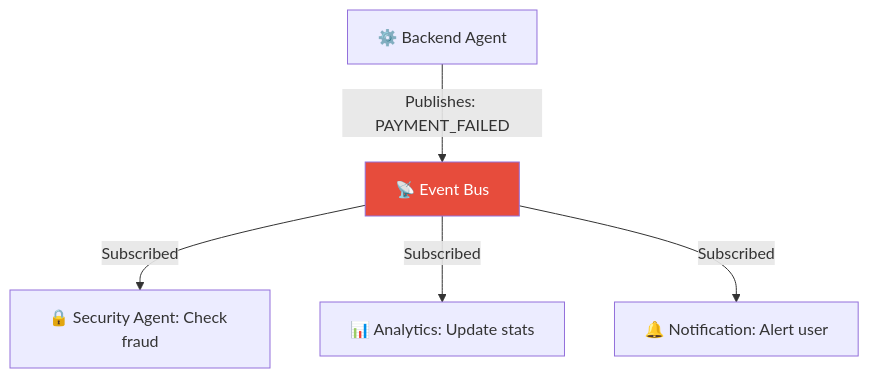
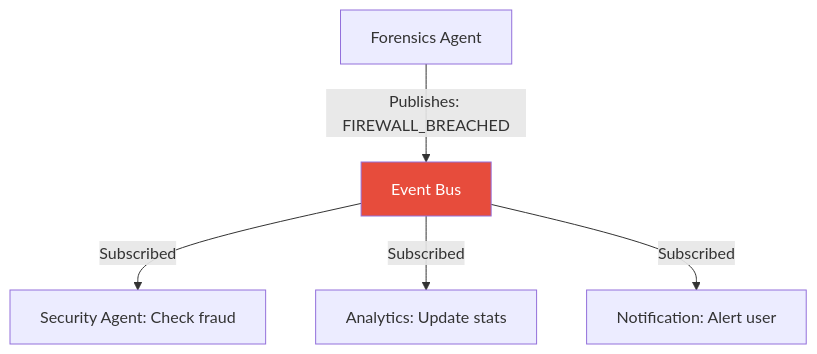
One commit to Sujalkathait/-AI-Agent-Security-Playbook. changed diagram 15 of 53 in AI Agent Communication.md. Above: the diagram before and after it, drawn with Mermaid. The commit also changed other lines of this file and 2 other files, not shown here.

````diff
--- a/AI Agent Communication.md
+++ b/AI Agent Communication.md
@@ -465,9 +465,9 @@
 ```mermaid
 graph TD
-    Backend["⚙️ Backend Agent"] -->|"Publishes: PAYMENT_FAILED"| Bus["📡 Event Bus"]
-    Bus -->|Subscribed| Security["🔒 Security Agent: Check fraud"]
-    Bus -->|Subscribed| Analytics["📊 Analytics: Update stats"]
-    Bus -->|Subscribed| Notify["🔔 Notification: Alert user"]
+  Backend[" Forensics Agent"] -->|"Publishes: FIREWALL_BREACHED"| Bus[" Event Bus"]
+  Bus -->|Subscribed| Security[" Security Agent: Check fraud"]
+  Bus -->|Subscribed| Analytics[" Analytics: Update stats"]
+  Bus -->|Subscribed| Notify[" Notification: Alert user"]
 
-    style Bus fill:#e74c3c,color:white
+  style Bus fill:#e74c3c,color:white
 ```
````
